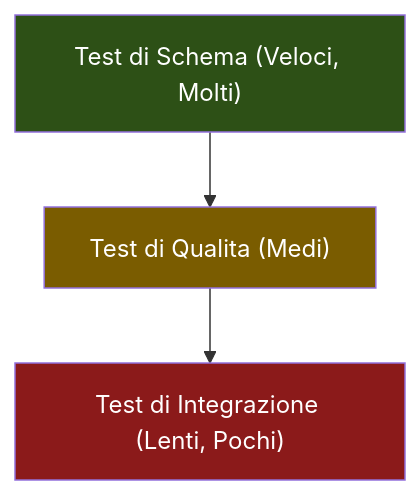
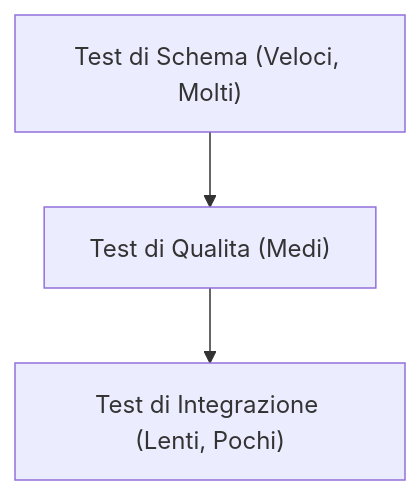
One commit to AndreyBertasini/gynnitech changed the second of 4 diagrams in src/content/corso/infrastructure-ops/cicd.mdx. Above: the diagram before and after it, drawn with Mermaid. The commit also changed other lines of this file and 110 other files, not shown here.

First line of the commit message:
chore(content): optimize mermaid diagrams for mobile and dark theme

````diff
--- a/src/content/corso/infrastructure-ops/cicd.mdx
+++ b/src/content/corso/infrastructure-ops/cicd.mdx
@@ -236,9 +236,6 @@
 ```mermaid
-graph TB
+flowchart TD
     A["Test di Schema (Veloci, Molti)"] --> B["Test di Qualita (Medi)"]
     B --> C["Test di Integrazione (Lenti, Pochi)"]
 
-    style A fill:#2d5016,color:#ffffff
-    style B fill:#7a5c00,color:#ffffff
-    style C fill:#8b1a1a,color:#ffffff
 ```
````
